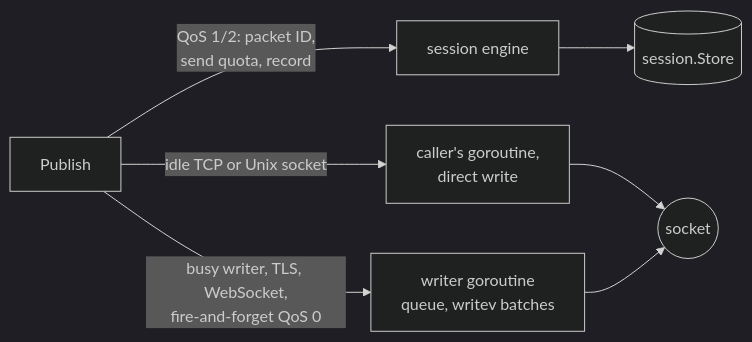
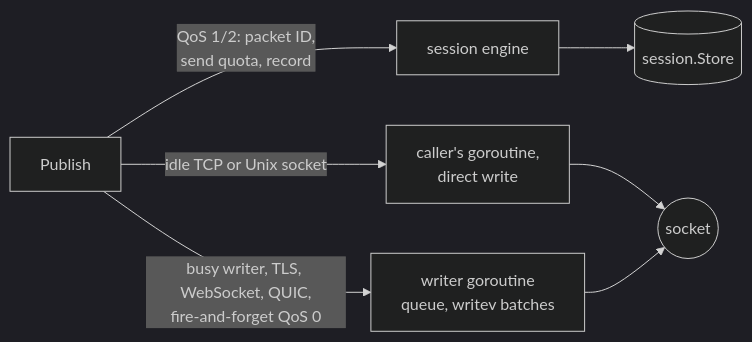
One commit to ashtonian/mqttv5 changed the first of 2 diagrams in docs/architecture.md. Above: the diagram before and after it, drawn with Mermaid (dark theme). The commit also changed other lines of this file and 8 other files, not shown here.

````diff
--- a/docs/architecture.md
+++ b/docs/architecture.md
@@ -7,6 +7,6 @@
 ```mermaid
 flowchart LR
     pub["Publish"] -- "QoS 1/2: packet ID,<br/>send quota, record" --> engine["session engine"] --> store[("session.Store")]
     pub -- "idle TCP or Unix socket" --> direct["caller's goroutine,<br/>direct write"] --> sock(("socket"))
-    pub -- "busy writer, TLS, WebSocket,<br/>fire-and-forget QoS 0" --> writer["writer goroutine<br/>queue, writev batches"] --> sock
+    pub -- "busy writer, TLS, WebSocket, QUIC,<br/>fire-and-forget QoS 0" --> writer["writer goroutine<br/>queue, writev batches"] --> sock
 ```
````
